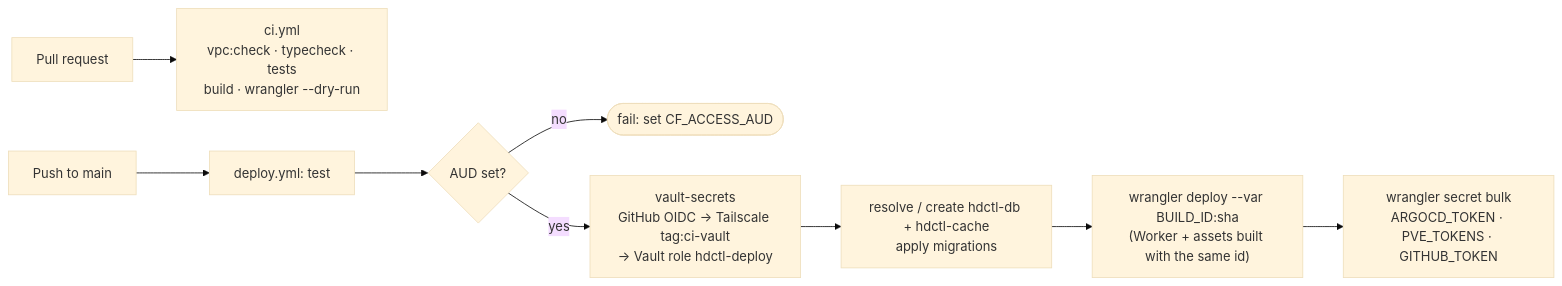
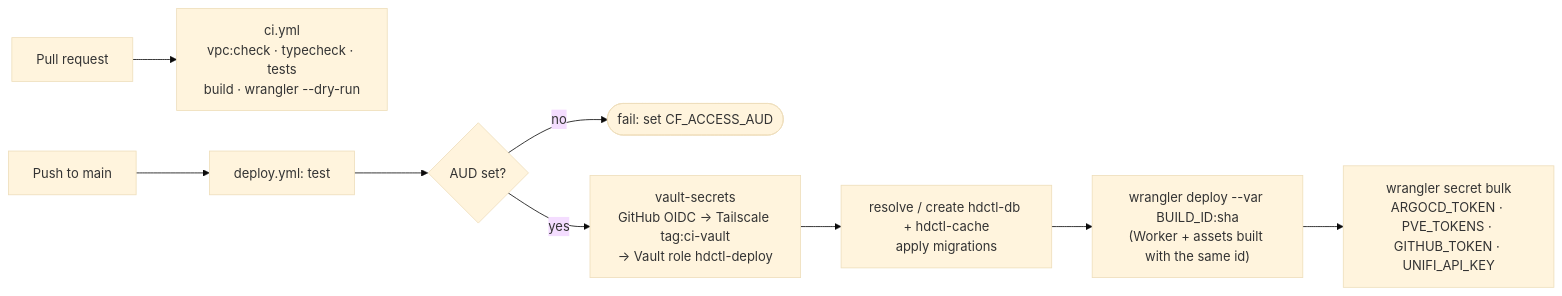
The seventh of 7 diagrams in README.md (mike12806/hdctl), drawn with Mermaid (base theme) before and after one commit. The commit also changed other lines of this file and 19 other files, not shown here.

````diff
--- a/README.md
+++ b/README.md
@@ -343,11 +381,11 @@
 ```mermaid
 flowchart LR
   pr["Pull request"] --> ci["ci.yml<br/>vpc:check · typecheck · tests<br/>build · wrangler --dry-run"]
   main["Push to main"] --> test["deploy.yml: test"]
   test --> aud{"AUD set?"}
   aud -->|no| stop(["fail: set CF_ACCESS_AUD"])
   aud -->|yes| vault["vault-secrets<br/>GitHub OIDC → Tailscale tag:ci-vault<br/>→ Vault role hdctl-deploy"]
   vault --> d1["resolve / create hdctl-db + hdctl-cache<br/>apply migrations"]
   d1 --> dep["wrangler deploy --var BUILD_ID:sha<br/>(Worker + assets built with the same id)"]
-  dep --> sec["wrangler secret bulk<br/>ARGOCD_TOKEN · PVE_TOKENS · GITHUB_TOKEN"]
+  dep --> sec["wrangler secret bulk<br/>ARGOCD_TOKEN · PVE_TOKENS · GITHUB_TOKEN · UNIFI_API_KEY"]
 ```
````
